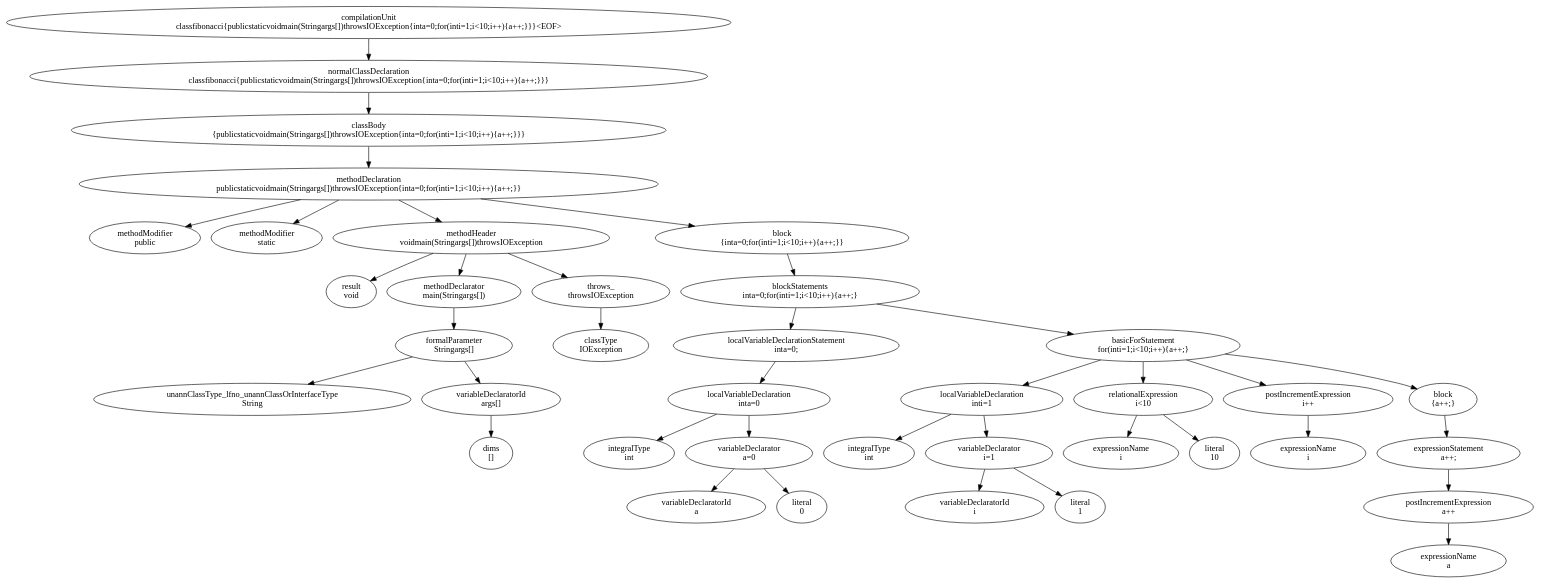
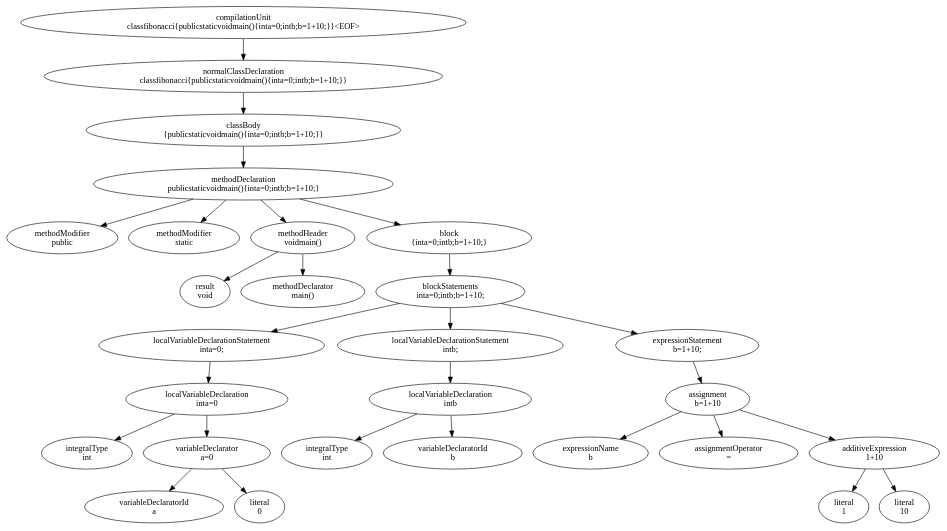
One commit to satnam-sandhu/ASTGenerator changed the diagram in ast.dot. Above: the diagram before and after it, drawn with Graphviz. The commit also changed 2 other files, not shown here.

```diff
--- a/ast.dot
+++ b/ast.dot
@@ -1,77 +1,57 @@
 digraph G {
-00[label="compilationUnit\n classfibonacci{publicstaticvoidmain(Stringargs[])throwsIOException{inta=0;for(inti=1;i<10;i++){a++;}}}<EOF> "]
-11[label="normalClassDeclaration\n classfibonacci{publicstaticvoidmain(Stringargs[])throwsIOException{inta=0;for(inti=1;i<10;i++){a++;}}} "]
-22[label="classBody\n {publicstaticvoidmain(Stringargs[])throwsIOException{inta=0;for(inti=1;i<10;i++){a++;}}} "]
-33[label="methodDeclaration\n publicstaticvoidmain(Stringargs[])throwsIOException{inta=0;for(inti=1;i<10;i++){a++;}} "]
+00[label="compilationUnit\n classfibonacci{publicstaticvoidmain(){inta=0;intb;b=1+10;}}<EOF> "]
+11[label="normalClassDeclaration\n classfibonacci{publicstaticvoidmain(){inta=0;intb;b=1+10;}} "]
+22[label="classBody\n {publicstaticvoidmain(){inta=0;intb;b=1+10;}} "]
+33[label="methodDeclaration\n publicstaticvoidmain(){inta=0;intb;b=1+10;} "]
 44[label="methodModifier\n public "]
 45[label="methodModifier\n static "]
-46[label="methodHeader\n voidmain(Stringargs[])throwsIOException "]
+46[label="methodHeader\n voidmain() "]
 57[label="result\n void "]
-58[label="methodDeclarator\n main(Stringargs[]) "]
-69[label="formalParameter\n Stringargs[] "]
-710[label="unannClassType_lfno_unannClassOrInterfaceType\n String "]
-711[label="variableDeclaratorId\n args[] "]
-812[label="dims\n [] "]
-513[label="throws_\n throwsIOException "]
-614[label="classType\n IOException "]
-415[label="block\n {inta=0;for(inti=1;i<10;i++){a++;}} "]
-516[label="blockStatements\n inta=0;for(inti=1;i<10;i++){a++;} "]
-617[label="localVariableDeclarationStatement\n inta=0; "]
-718[label="localVariableDeclaration\n inta=0 "]
+58[label="methodDeclarator\n main() "]
+49[label="block\n {inta=0;intb;b=1+10;} "]
+510[label="blockStatements\n inta=0;intb;b=1+10; "]
+611[label="localVariableDeclarationStatement\n inta=0; "]
+712[label="localVariableDeclaration\n inta=0 "]
+813[label="integralType\n int "]
+814[label="variableDeclarator\n a=0 "]
+915[label="variableDeclaratorId\n a "]
+916[label="literal\n 0 "]
+617[label="localVariableDeclarationStatement\n intb; "]
+718[label="localVariableDeclaration\n intb "]
 819[label="integralType\n int "]
-820[label="variableDeclarator\n a=0 "]
-921[label="variableDeclaratorId\n a "]
-922[label="literal\n 0 "]
-623[label="basicForStatement\n for(inti=1;i<10;i++){a++;} "]
-724[label="localVariableDeclaration\n inti=1 "]
-825[label="integralType\n int "]
-826[label="variableDeclarator\n i=1 "]
-927[label="variableDeclaratorId\n i "]
-928[label="literal\n 1 "]
-729[label="relationalExpression\n i<10 "]
-830[label="expressionName\n i "]
-831[label="literal\n 10 "]
-732[label="postIncrementExpression\n i++ "]
-833[label="expressionName\n i "]
-734[label="block\n {a++;} "]
-835[label="expressionStatement\n a++; "]
-936[label="postIncrementExpression\n a++ "]
-1037[label="expressionName\n a "]
+820[label="variableDeclaratorId\n b "]
+621[label="expressionStatement\n b=1+10; "]
+722[label="assignment\n b=1+10 "]
+823[label="expressionName\n b "]
+824[label="assignmentOperator\n = "]
+825[label="additiveExpression\n 1+10 "]
+926[label="literal\n 1 "]
+927[label="literal\n 10 "]
 00->11
 11->22
 22->33
 33->44
 33->45
 33->46
 46->57
 46->58
-58->69
-69->710
-69->711
-711->812
-46->513
-513->614
-33->415
-415->516
-516->617
+33->49
+49->510
+510->611
+611->712
+712->813
+712->814
+814->915
+814->916
+510->617
 617->718
 718->819
 718->820
-820->921
-820->922
-516->623
-623->724
-724->825
-724->826
-826->927
-826->928
-623->729
-729->830
-729->831
-623->732
-732->833
-623->734
-734->835
-835->936
-936->1037
+510->621
+621->722
+722->823
+722->824
+722->825
+825->926
+825->927
 }
```
